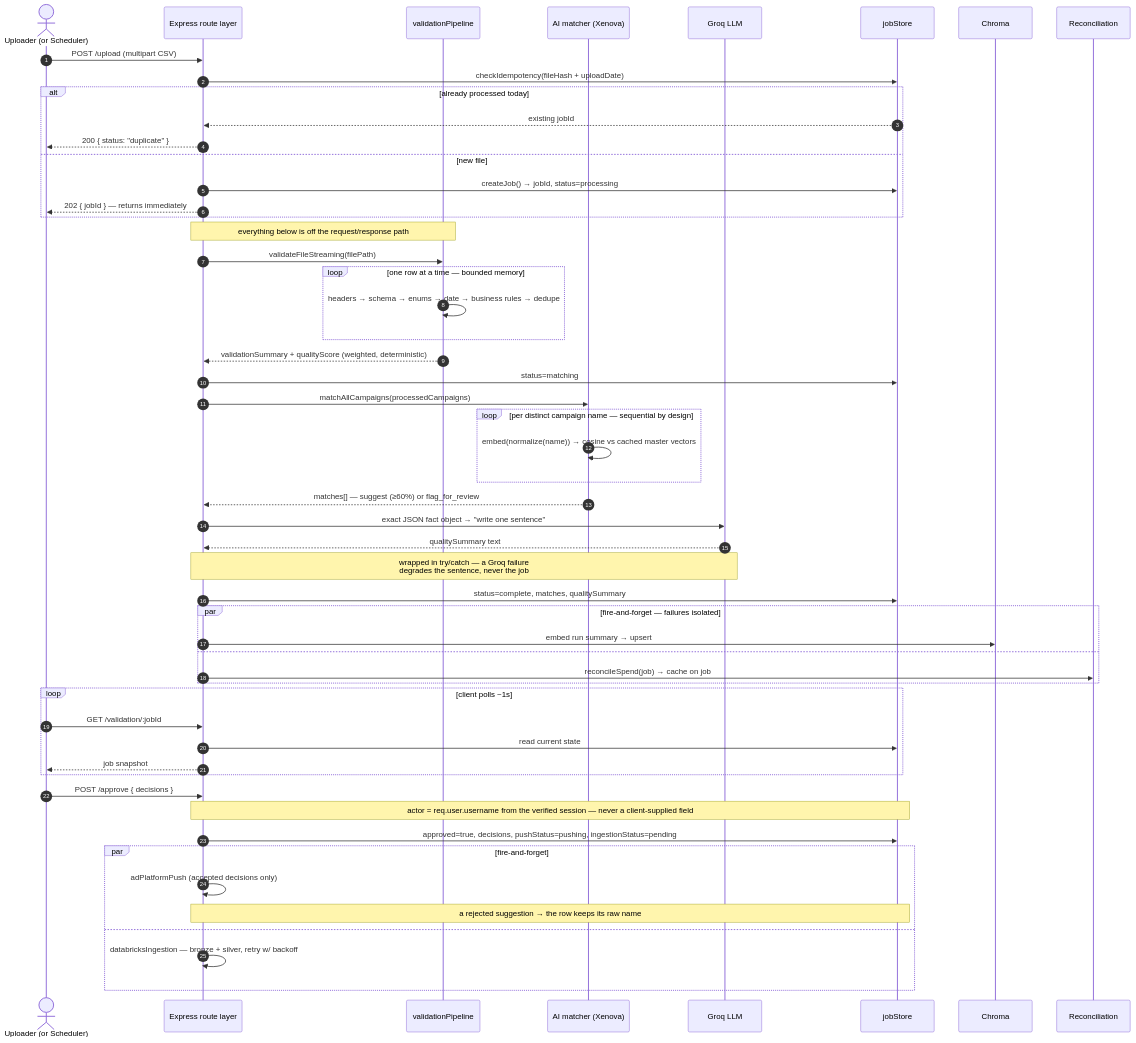
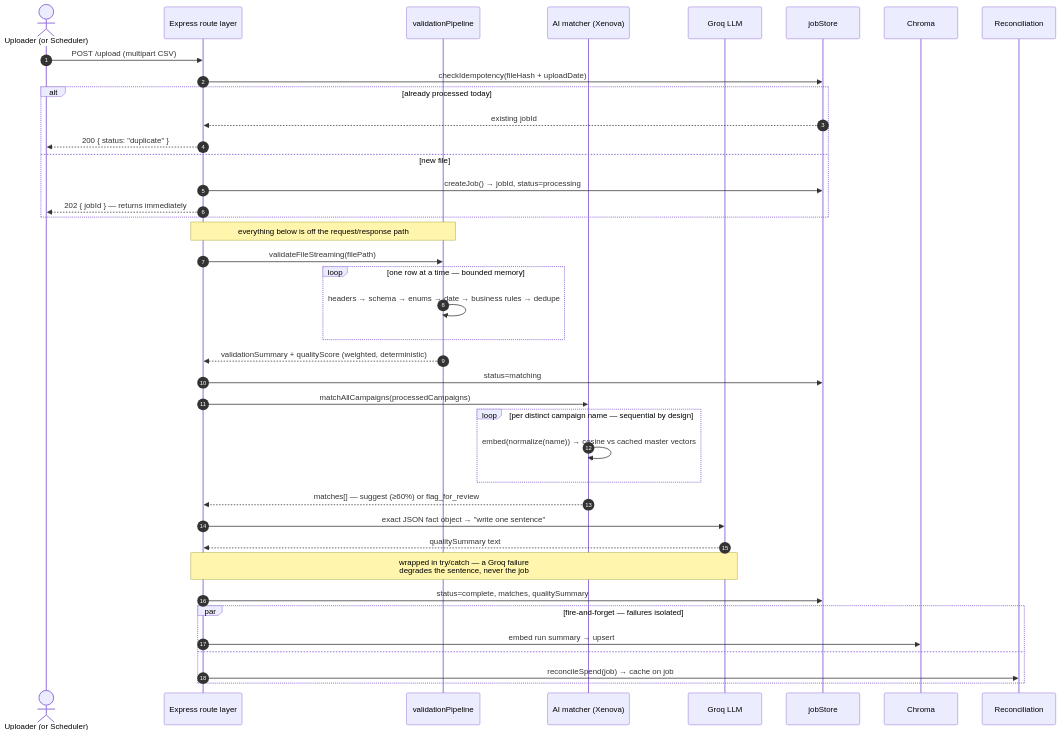
One commit to sakshianand/adobe-case-study changed the third of 12 diagrams in ARCHITECTURE.md. Above: the diagram before and after it, drawn with Mermaid. The commit also changed other lines of this file and 1 other file, not shown here.

````diff
--- a/ARCHITECTURE.md
+++ b/ARCHITECTURE.md
@@ -189,64 +194,48 @@
 ```mermaid
 sequenceDiagram
     autonumber
     actor U as Uploader (or Scheduler)
     participant API as Express route layer
     participant Val as validationPipeline
     participant Match as AI matcher (Xenova)
     participant Groq as Groq LLM
     participant Job as jobStore
     participant Chroma as Chroma
     participant Rec as Reconciliation
 
     U->>API: POST /upload (multipart CSV)
     API->>Job: checkIdempotency(fileHash + uploadDate)
     alt already processed today
         Job-->>API: existing jobId
         API-->>U: 200 { status: "duplicate" }
     else new file
         API->>Job: createJob() → jobId, status=processing
         API-->>U: 202 { jobId } — returns immediately
     end
 
     Note over API,Val: everything below is off the request/response path
 
     API->>Val: validateFileStreaming(filePath)
     loop one row at a time — bounded memory
         Val->>Val: headers → schema → enums → date → business rules → dedupe
     end
     Val-->>API: validationSummary + qualityScore (weighted, deterministic)
     API->>Job: status=matching
 
     API->>Match: matchAllCampaigns(processedCampaigns)
     loop per distinct campaign name — sequential by design
         Match->>Match: embed(normalize(name)) → cosine vs cached master vectors
     end
     Match-->>API: matches[] — suggest (≥60%) or flag_for_review
 
     API->>Groq: exact JSON fact object → "write one sentence"
     Groq-->>API: qualitySummary text
     Note over API,Groq: wrapped in try/catch — a Groq failure<br/>degrades the sentence, never the job
     API->>Job: status=complete, matches, qualitySummary
 
     par fire-and-forget — failures isolated
         API->>Chroma: embed run summary → upsert
     and
         API->>Rec: reconcileSpend(job) → cache on job
     end
-
-    loop client polls ~1s
-        U->>API: GET /validation/:jobId
-        API->>Job: read current state
-        API-->>U: job snapshot
-    end
-
-    U->>API: POST /approve { decisions }
-    Note over API,Job: actor = req.user.username from the verified session — never a client-supplied field
-    API->>Job: approved=true, decisions, pushStatus=pushing, ingestionStatus=pending
-    par fire-and-forget
-        API->>API: adPlatformPush (accepted decisions only)
-        Note over API,Job: a rejected suggestion → the row keeps its raw name
-    and
-        API->>API: databricksIngestion — bronze + silver, retry w/ backoff
-    end
 ```
````
